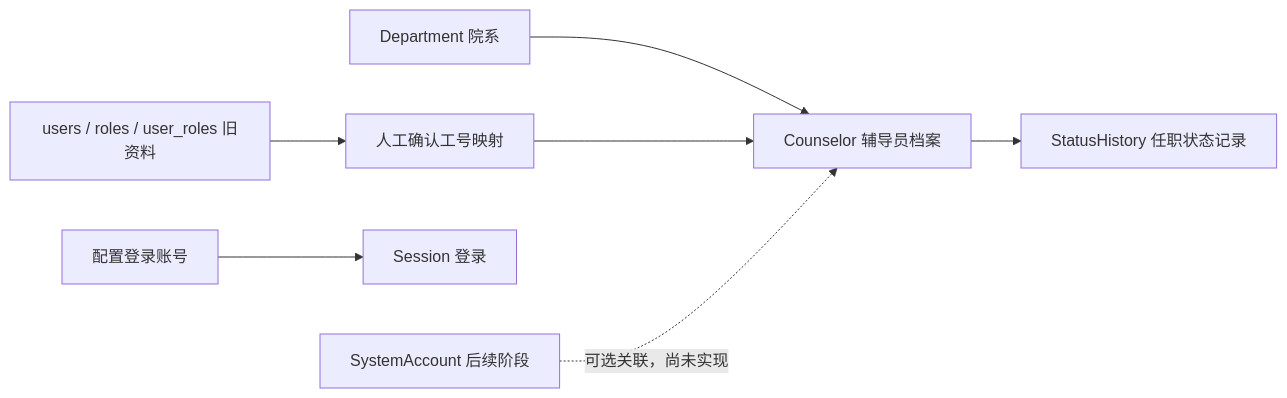
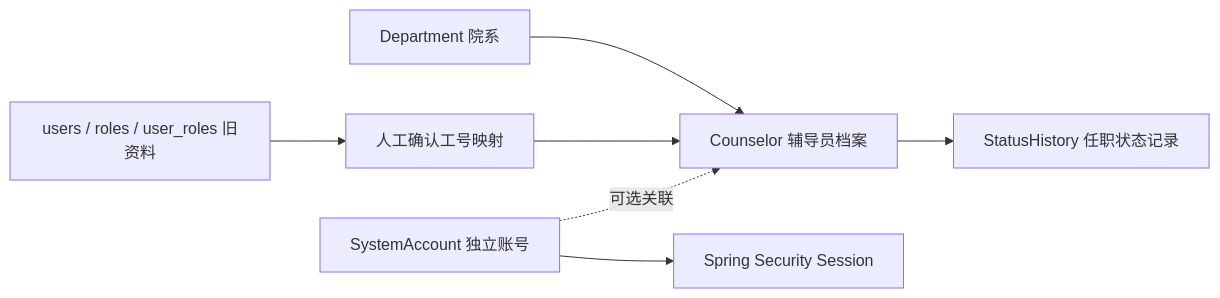
Before and after one commit to GFLabandon/user-management: the diagram in docs/counselor-migration.md, drawn with Mermaid. The commit also changed other lines of this file and 53 other files, not shown here.

````diff
--- a/docs/counselor-migration.md
+++ b/docs/counselor-migration.md
@@ -7,9 +7,9 @@
 ```mermaid
 flowchart LR
     Department[Department 院系] --> Counselor[Counselor 辅导员档案]
     Counselor --> History[StatusHistory 任职状态记录]
     Legacy[users / roles / user_roles 旧资料] --> Mapping[人工确认工号映射]
     Mapping --> Counselor
-    Config[配置登录账号] --> Session[Session 登录]
-    Future[SystemAccount 后续阶段] -. 可选关联，尚未实现 .-> Counselor
+    Account[SystemAccount 独立账号] --> Session[Spring Security Session]
+    Account -. 可选关联 .-> Counselor
 ```
````
